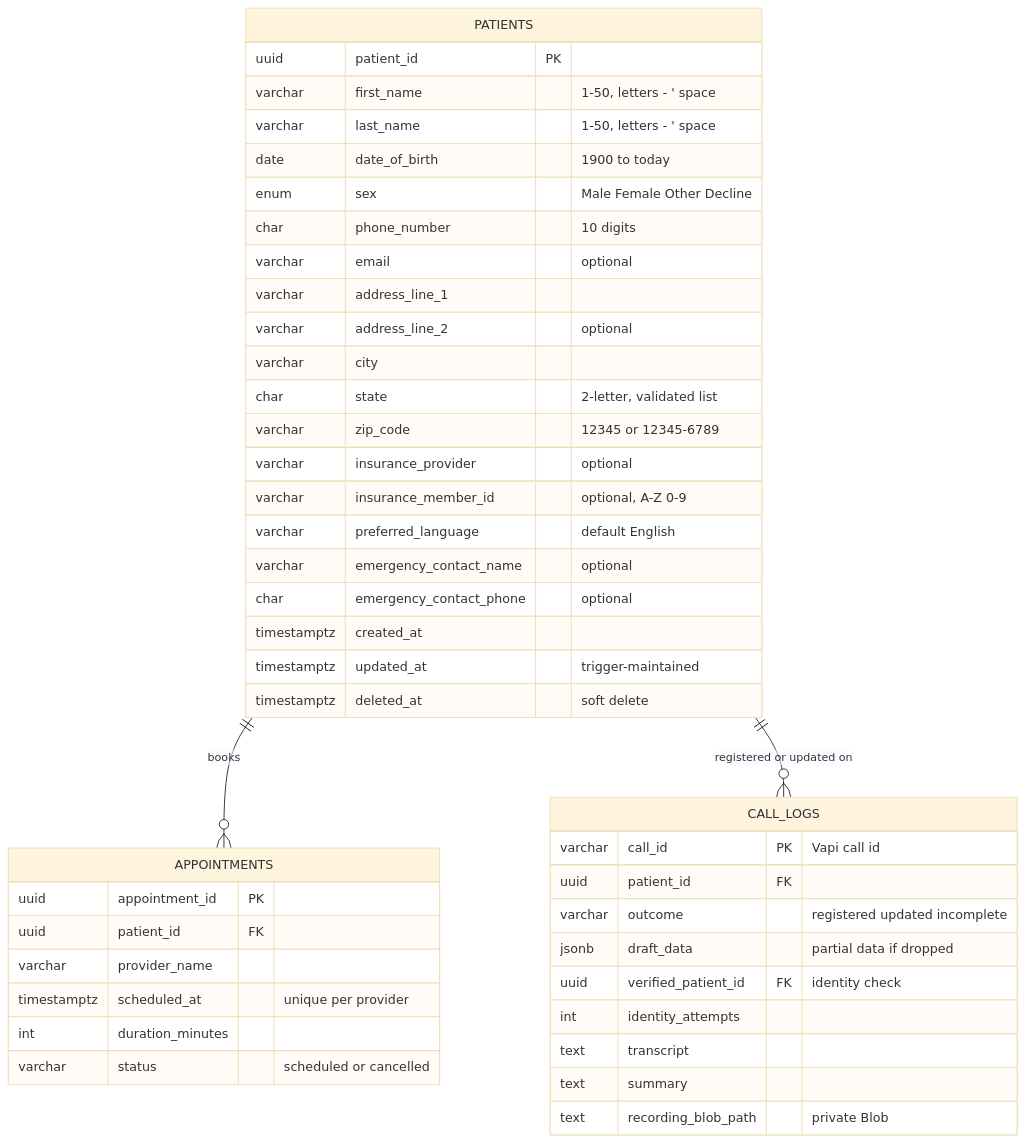
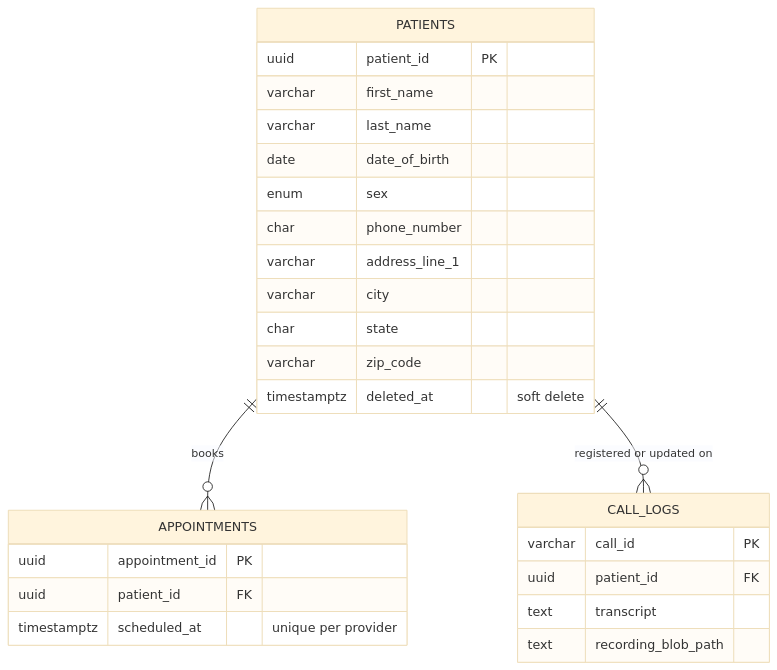
One commit to MHadiShahid/VoiceAI changed the third of 3 diagrams in README.md. Above: the diagram before and after it, drawn with Mermaid (base theme). The commit also changed other lines of this file, not shown here.

Commit message:
Shorten and simplify README; note verified live phone call

````diff
--- a/README.md
+++ b/README.md
@@ -286,47 +160,29 @@
 ```mermaid
 erDiagram
     PATIENTS ||--o{ APPOINTMENTS : books
     PATIENTS ||--o{ CALL_LOGS : "registered or updated on"
-
     PATIENTS {
         uuid patient_id PK
-        varchar first_name "1-50, letters - ' space"
-        varchar last_name "1-50, letters - ' space"
-        date date_of_birth "1900 to today"
-        enum sex "Male Female Other Decline"
-        char phone_number "10 digits"
-        varchar email "optional"
+        varchar first_name
+        varchar last_name
+        date date_of_birth
+        enum sex
+        char phone_number
         varchar address_line_1
-        varchar address_line_2 "optional"
         varchar city
-        char state "2-letter, validated list"
-        varchar zip_code "12345 or 12345-6789"
-        varchar insurance_provider "optional"
-        varchar insurance_member_id "optional, A-Z 0-9"
-        varchar preferred_language "default English"
-        varchar emergency_contact_name "optional"
-        char emergency_contact_phone "optional"
-        timestamptz created_at
-        timestamptz updated_at "trigger-maintained"
+        char state
+        varchar zip_code
         timestamptz deleted_at "soft delete"
     }
     APPOINTMENTS {
         uuid appointment_id PK
         uuid patient_id FK
-        varchar provider_name
         timestamptz scheduled_at "unique per provider"
-        int duration_minutes
-        varchar status "scheduled or cancelled"
     }
     CALL_LOGS {
-        varchar call_id PK "Vapi call id"
+        varchar call_id PK
         uuid patient_id FK
-        varchar outcome "registered updated incomplete"
-        jsonb draft_data "partial data if dropped"
-        uuid verified_patient_id FK "identity check"
-        int identity_attempts
         text transcript
-        text summary
-        text recording_blob_path "private Blob"
+        text recording_blob_path
     }
 ```
````
